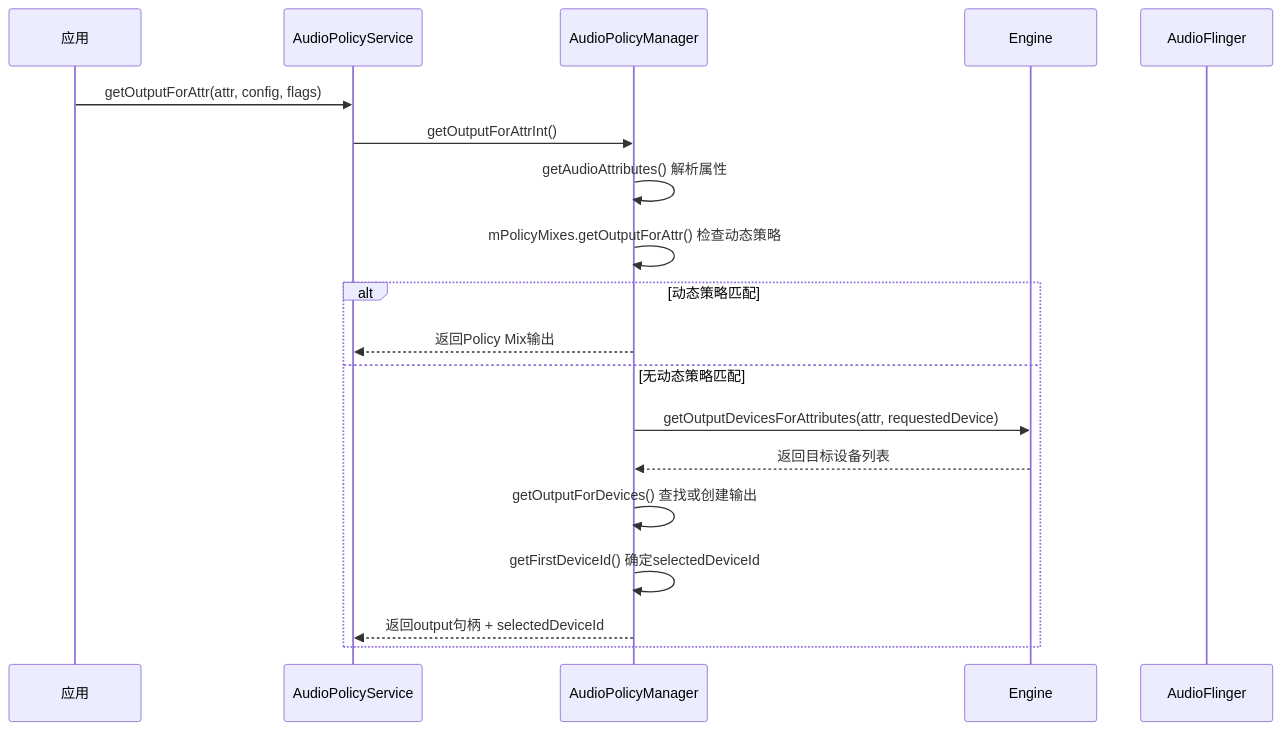
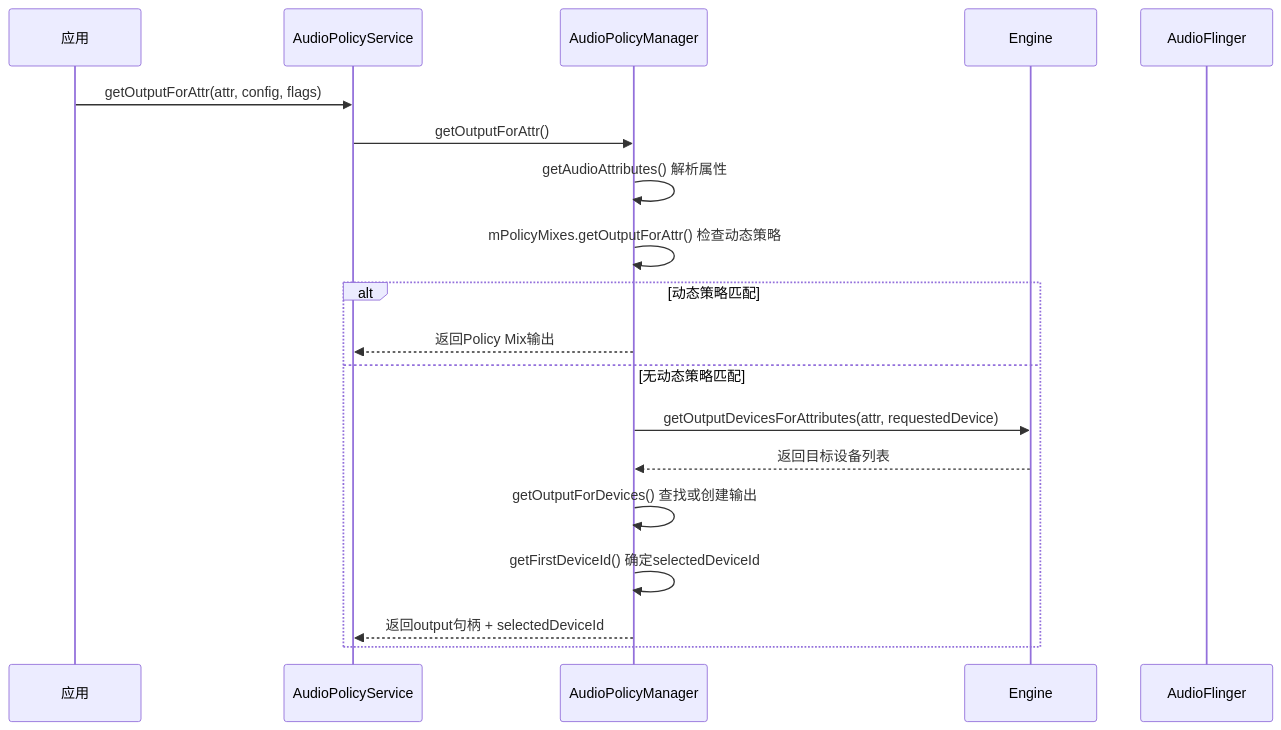
One commit to yanglinzhen1022/SA8295_AAOS_QNX_Audio_KnowledgeBase changed the second of 13 diagrams in 06_Audio_Policy_Engine/06_6.4_Device_Routing-设备路由.md. Above: the diagram before and after it, drawn with Mermaid. The commit also changed other lines of this file and 11 other files, not shown here.

````diff
--- a/06_Audio_Policy_Engine/06_6.4_Device_Routing-设备路由.md
+++ b/06_Audio_Policy_Engine/06_6.4_Device_Routing-设备路由.md
@@ -51,22 +51,22 @@
 ```mermaid
 sequenceDiagram
     participant App as 应用
     participant APS as AudioPolicyService
     participant APM as AudioPolicyManager
     participant Engine as Engine
     participant AF as AudioFlinger
 
     App->>APS: getOutputForAttr(attr, config, flags)
-    APS->>APM: getOutputForAttrInt()
+    APS->>APM: getOutputForAttr()
     APM->>APM: getAudioAttributes() 解析属性
     APM->>APM: mPolicyMixes.getOutputForAttr() 检查动态策略
     alt 动态策略匹配
         APM-->>APS: 返回Policy Mix输出
     else 无动态策略匹配
         APM->>Engine: getOutputDevicesForAttributes(attr, requestedDevice)
         Engine-->>APM: 返回目标设备列表
         APM->>APM: getOutputForDevices() 查找或创建输出
         APM->>APM: getFirstDeviceId() 确定selectedDeviceId
         APM-->>APS: 返回output句柄 + selectedDeviceId
     end
 ```
````
